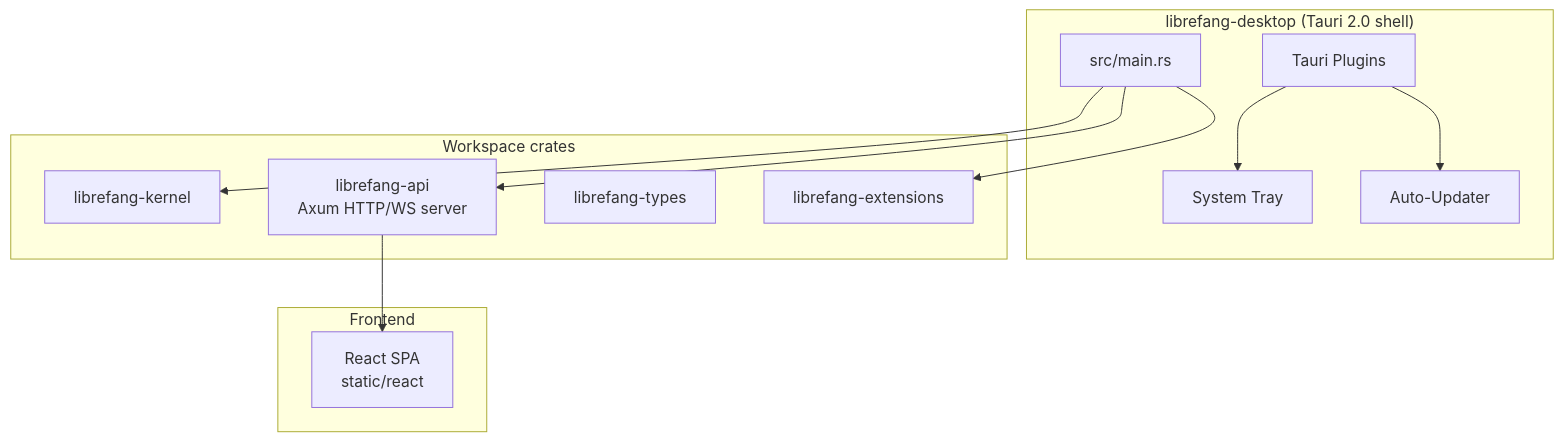
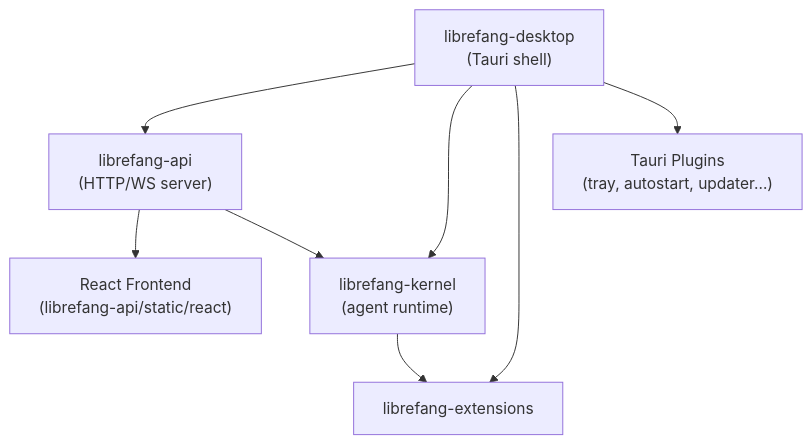
One commit to leszek3737/librefang-WIki changed the diagram in other-librefang-desktop.md. Above: the diagram before and after it, drawn with Mermaid. The commit also changed other lines of this file and 110 other files, not shown here.

````diff
--- a/other-librefang-desktop.md
+++ b/other-librefang-desktop.md
@@ -9,27 +15,17 @@
 ```mermaid
 graph TD
-    subgraph "librefang-desktop (Tauri 2.0 shell)"
-        Main[src/main.rs]
-        Tray[System Tray]
-        Updater[Auto-Updater]
-        Plugins[Tauri Plugins]
-    end
+    UI["React Frontend<br/>(librefang-api/static/react)"]
+    API["librefang-api<br/>(HTTP/WS server)"]
+    KERNEL["librefang-kernel<br/>(agent runtime)"]
+    EXT["librefang-extensions"]
+    DESKTOP["librefang-desktop<br/>(Tauri shell)"]
+    PLUGINS["Tauri Plugins<br/>(tray, autostart, updater…)"]
 
-    subgraph "Workspace crates"
-        Kernel[librefang-kernel]
-        API[librefang-api<br/>Axum HTTP/WS server]
-        Types[librefang-types]
-        Extensions[librefang-extensions]
-    end
-
-    subgraph "Frontend"
-        React[React SPA<br/>static/react]
-    end
-
-    Main --> Kernel
-    Main --> API
-    Main --> Extensions
-    API --> React
-    Plugins --> Tray
-    Plugins --> Updater
+    DESKTOP --> API
+    DESKTOP --> KERNEL
+    DESKTOP --> EXT
+    DESKTOP --> PLUGINS
+    API --> UI
+    API --> KERNEL
+    KERNEL --> EXT
 ```
````
